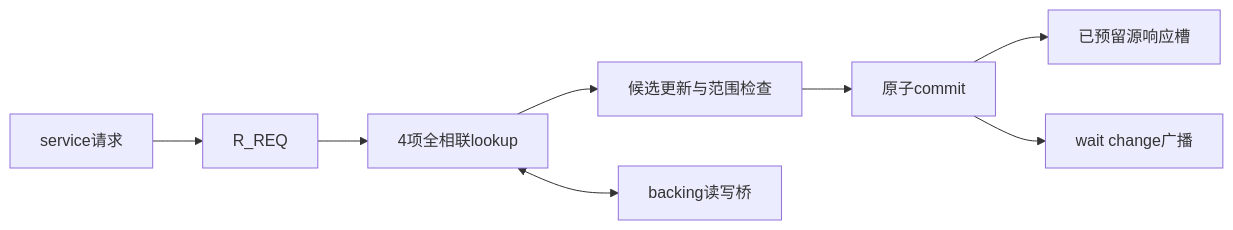
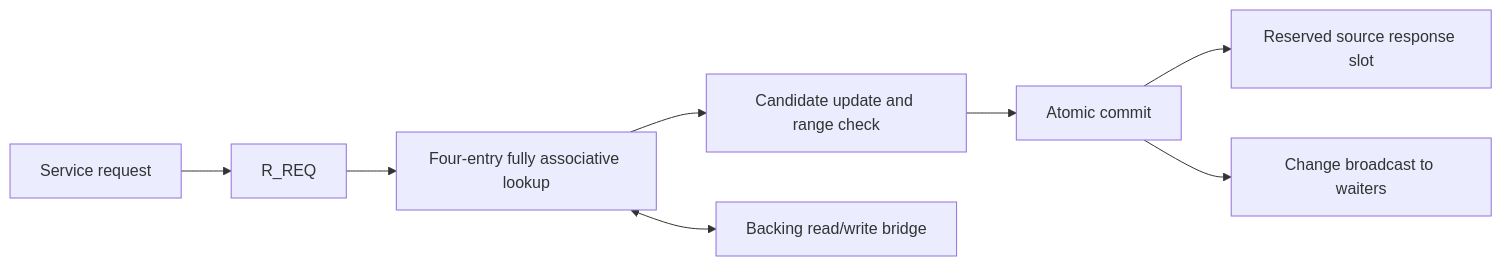
One commit to yuhin777/Allegro changed the diagram in doc/rtl_specs/mbarrier/blackwell_mbarrier_unit.md. Above: the diagram before and after it, drawn with Mermaid. The commit also changed other lines of this file and 45 other files, not shown here.

````diff
--- a/doc/rtl_specs/mbarrier/blackwell_mbarrier_unit.md
+++ b/doc/rtl_specs/mbarrier/blackwell_mbarrier_unit.md
@@ -20,10 +20,10 @@
 ```mermaid
 flowchart LR
-  I[service请求] --> Q[R_REQ]
-  Q --> L[4项全相联lookup]
-  L --> U[候选更新与范围检查]
-  U --> C[原子commit]
-  C --> R[已预留源响应槽]
-  C --> W[wait change广播]
-  L <--> B[backing读写桥]
+  I["Service request"] --> Q[R_REQ]
+  Q --> L["Four-entry fully associative lookup"]
+  L --> U["Candidate update and range check"]
+  U --> C["Atomic commit"]
+  C --> R["Reserved source response slot"]
+  C --> W["Change broadcast to waiters"]
+  L <--> B["Backing read/write bridge"]
 ```
````
